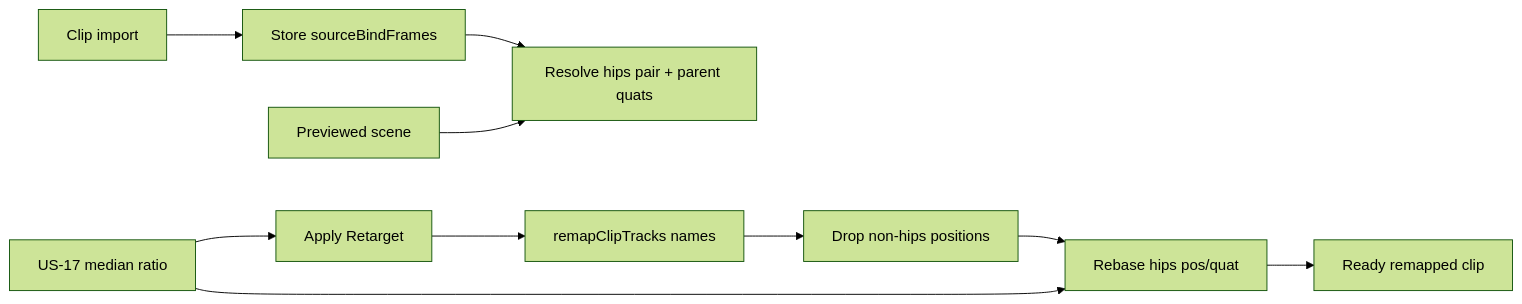
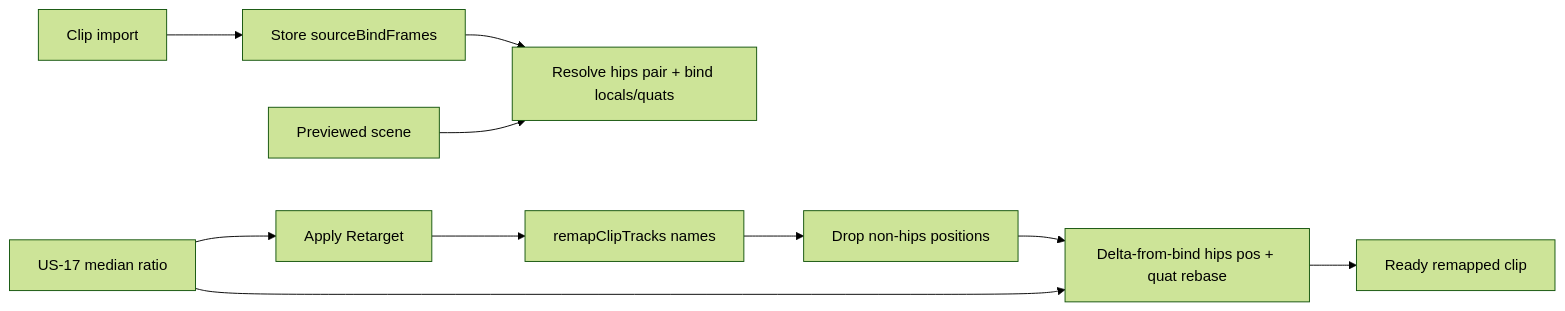
Before and after one commit to MaxiGarcia13/three-editor: the diagram in specs/us-18/design.md, drawn with Mermaid (forest theme). The commit also changed other lines of this file and 6 other files, not shown here.

Commit message:
refactor: Update hips rebase logic to utilize delta-from-bind positions and capture local positions; enhance documentation for clarity on bind frame structure and retargeting process

````diff
--- a/specs/us-18/design.md
+++ b/specs/us-18/design.md
@@ -23,12 +27,12 @@
 ```mermaid
 flowchart LR
   import[Clip import] --> frames[Store sourceBindFrames]
   us17[US-17 median ratio] --> apply[Apply Retarget]
-  frames --> hips[Resolve hips pair + parent quats]
+  frames --> hips[Resolve hips pair + bind locals/quats]
   scene[Previewed scene] --> hips
   apply --> remap[remapClipTracks names]
   remap --> drop[Drop non-hips positions]
-  drop --> rebase[Rebase hips pos/quat]
+  drop --> rebase[Delta-from-bind hips pos + quat rebase]
   us17 --> rebase
   rebase --> clip[Ready remapped clip]
 ```
````
